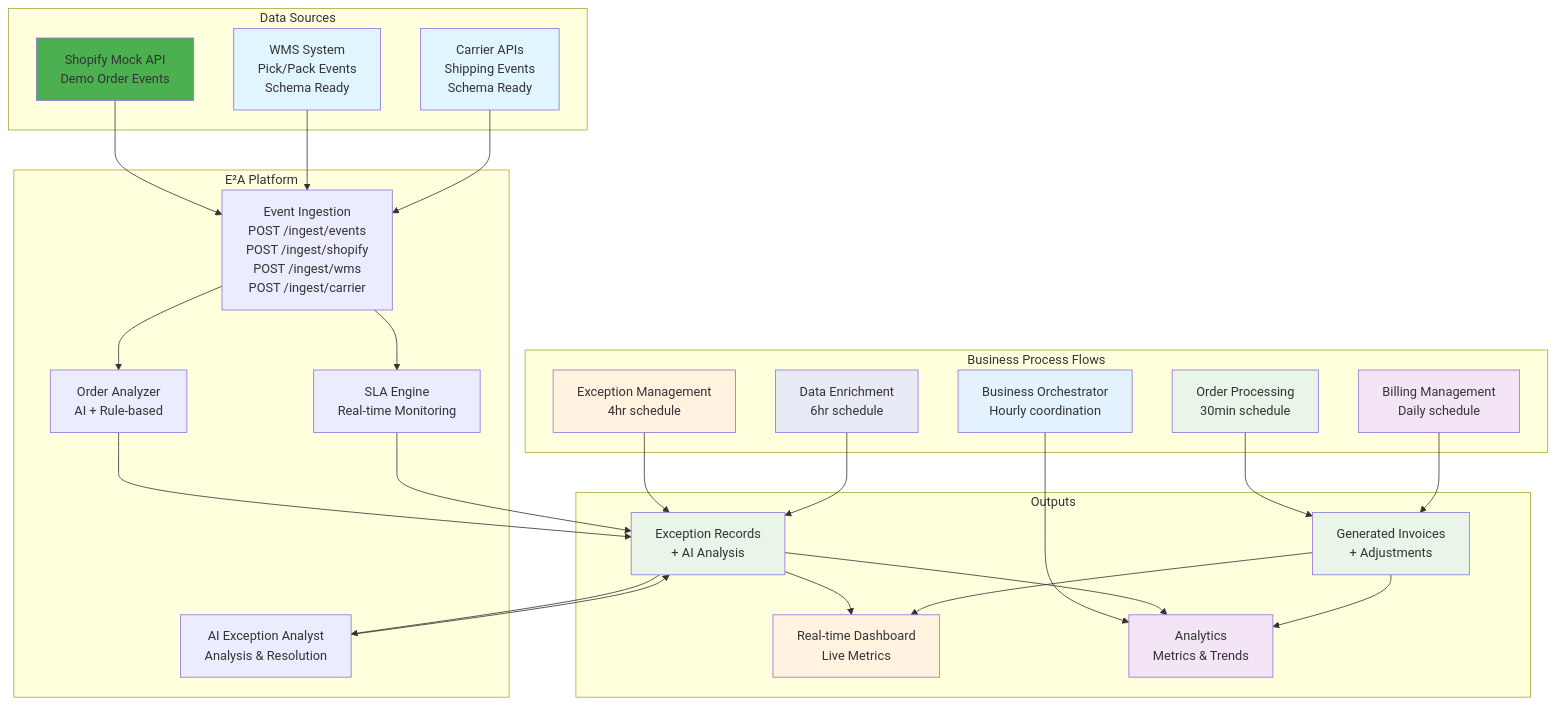
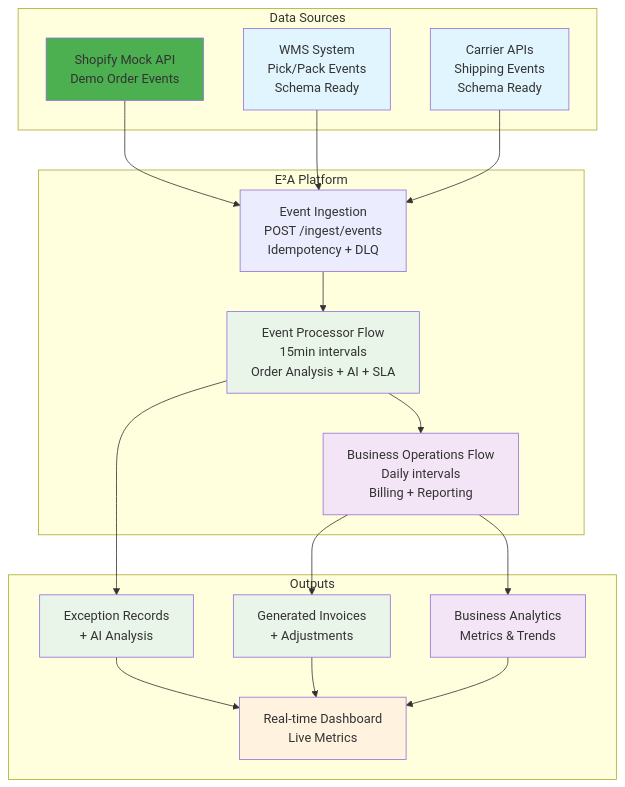
One commit to chernistry/e2a changed the first of 4 diagrams in README.md. Above: the diagram before and after it, drawn with Mermaid. The commit also changed other lines of this file, not shown here.

Commit message:
Update README to reflect simplified architecture and enhanced business process flows

````diff
--- a/README.md
+++ b/README.md
@@ -145,66 +146,45 @@
 ```mermaid
 flowchart TD
     subgraph "Data Sources"
         SHOPIFY_MOCK[Shopify Mock API<br/>Demo Order Events]
         WMS[WMS System<br/>Pick/Pack Events<br/>Schema Ready]
         CARRIER[Carrier APIs<br/>Shipping Events<br/>Schema Ready]
     end
     
     subgraph "E²A Platform"
-        INGEST[Event Ingestion<br/>POST /ingest/events<br/>POST /ingest/shopify<br/>POST /ingest/wms<br/>POST /ingest/carrier]
-        ORDER_ANALYZER[Order Analyzer<br/>AI + Rule-based]
-        SLA[SLA Engine<br/>Real-time Monitoring]
-        AI[AI Exception Analyst<br/>Analysis & Resolution]
-    end
-    
-    subgraph "Business Process Flows"
-        ORDER[Order Processing<br/>30min schedule]
-        EXCEPTION[Exception Management<br/>4hr schedule]
-        BILLING[Billing Management<br/>Daily schedule]
-        ORCHESTRATOR[Business Orchestrator<br/>Hourly coordination]
-        DATA_ENRICHMENT[Data Enrichment<br/>6hr schedule]
+        INGEST[Event Ingestion<br/>POST /ingest/events<br/>Idempotency + DLQ]
+        EVENT_PROCESSOR[Event Processor Flow<br/>15min intervals<br/>Order Analysis + AI + SLA]
+        BUSINESS_OPS[Business Operations Flow<br/>Daily intervals<br/>Billing + Reporting]
     end
     
     subgraph "Outputs"
         EXCEPTIONS[Exception Records<br/>+ AI Analysis]
         INVOICES[Generated Invoices<br/>+ Adjustments]
         DASHBOARD[Real-time Dashboard<br/>Live Metrics]
-        REPORTS[Analytics<br/>Metrics & Trends]
+        REPORTS[Business Analytics<br/>Metrics & Trends]
     end
     
     SHOPIFY_MOCK --> INGEST
     WMS --> INGEST
     CARRIER --> INGEST
     
-    INGEST --> ORDER_ANALYZER
-    ORDER_ANALYZER --> EXCEPTIONS
-    INGEST --> SLA
-    SLA --> EXCEPTIONS
-    
-    EXCEPTIONS --> AI
-    AI --> EXCEPTIONS
-    
-    ORDER --> INVOICES
-    EXCEPTION --> EXCEPTIONS
-    BILLING --> INVOICES
-    ORCHESTRATOR --> REPORTS
-    DATA_ENRICHMENT --> EXCEPTIONS
+    INGEST --> EVENT_PROCESSOR
+    EVENT_PROCESSOR --> EXCEPTIONS
+    EVENT_PROCESSOR --> BUSINESS_OPS
+    BUSINESS_OPS --> INVOICES
+    BUSINESS_OPS --> REPORTS
     
     EXCEPTIONS --> DASHBOARD
     INVOICES --> DASHBOARD
-    EXCEPTIONS --> REPORTS
-    INVOICES --> REPORTS
+    REPORTS --> DASHBOARD
     
     style SHOPIFY_MOCK fill:#4caf50
     style WMS fill:#e1f5fe
     style CARRIER fill:#e1f5fe
-    style ORDER fill:#e8f5e8
-    style EXCEPTION fill:#fff3e0
-    style BILLING fill:#f3e5f5
-    style ORCHESTRATOR fill:#e3f2fd
-    style DATA_ENRICHMENT fill:#e8eaf6
+    style EVENT_PROCESSOR fill:#e8f5e8
+    style BUSINESS_OPS fill:#f3e5f5
     style EXCEPTIONS fill:#e8f5e8
     style INVOICES fill:#e8f5e8
     style DASHBOARD fill:#fff3e0
     style REPORTS fill:#f3e5f5
 ```
````
